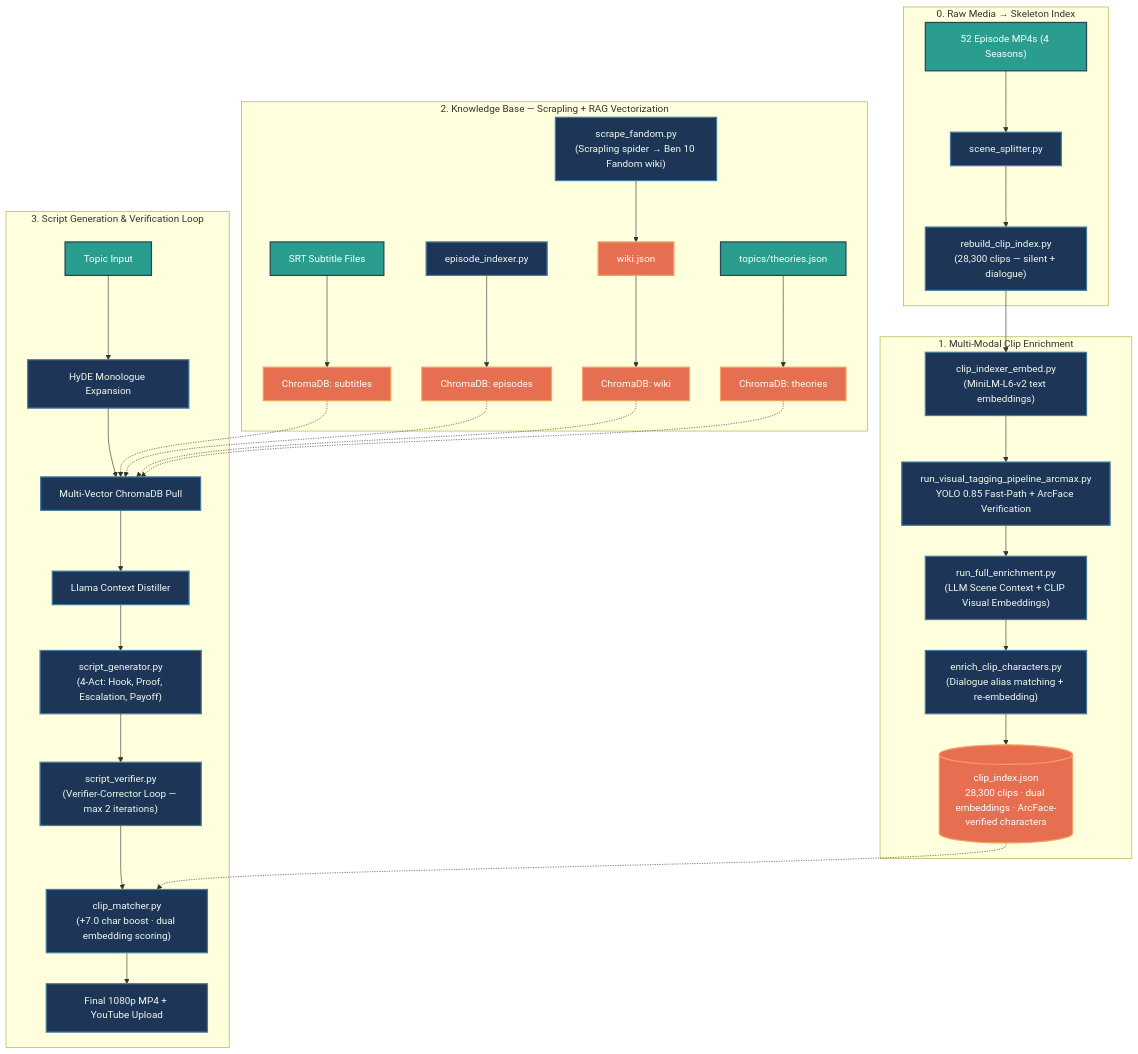
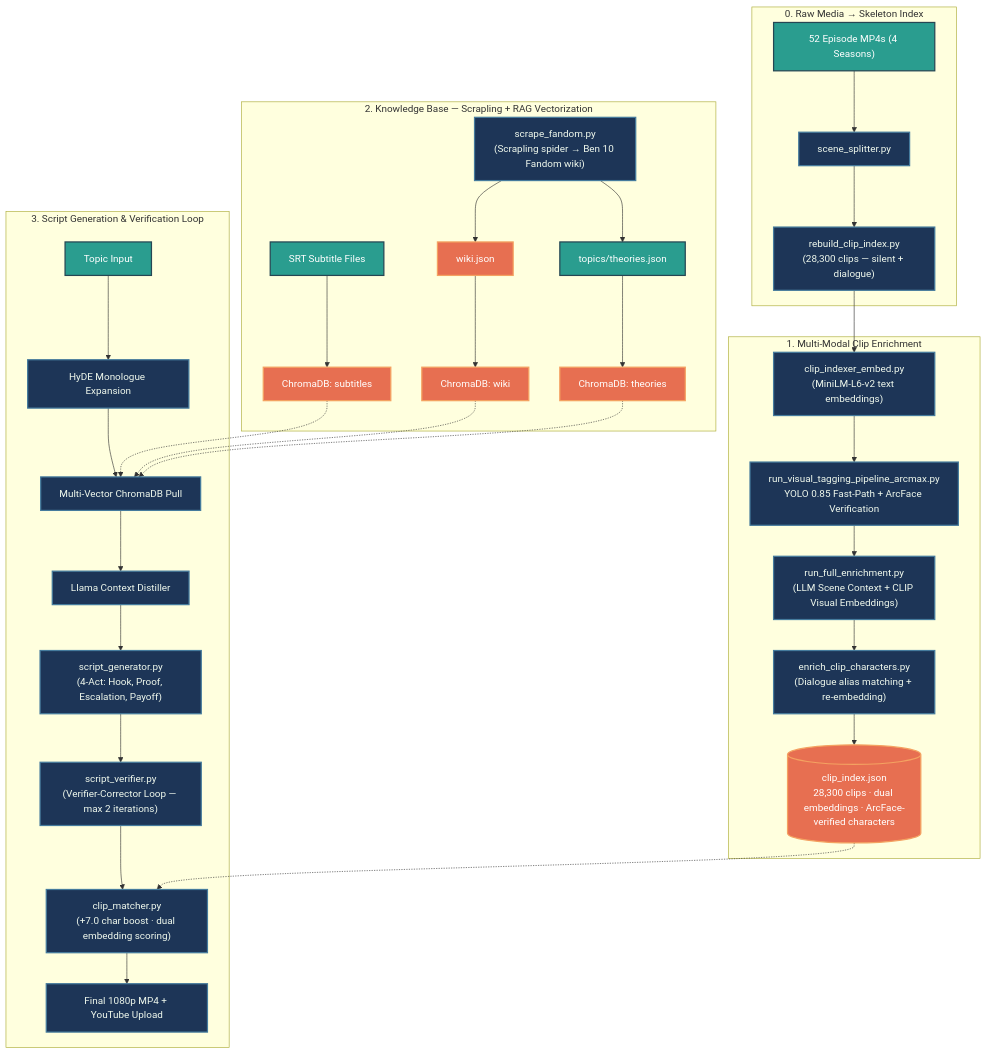
The first of 2 diagrams in README.md (25bda095-droid/AutomationPipeline), drawn with Mermaid before and after one commit.

Commit message:
README change

````diff
--- a/README.md
+++ b/README.md
@@ -38,47 +38,46 @@
 ```mermaid
 flowchart TD
     classDef phase fill:#2b2d42,stroke:#8d99ae,stroke-width:2px,color:#edf2f4;
     classDef script fill:#1d3557,stroke:#457b9d,stroke-width:2px,color:#f1faee;
     classDef data fill:#2a9d8f,stroke:#264653,stroke-width:2px,color:#ffffff;
     classDef db fill:#e76f51,stroke:#f4a261,stroke-width:2px,color:#ffffff;
 
     subgraph Phase0 ["0. Raw Media → Skeleton Index"]
         RawMP4["52 Episode MP4s (4 Seasons)"] --> Split["scene_splitter.py"]
         Split --> Rebuild["rebuild_clip_index.py\n(28,300 clips — silent + dialogue)"]
     end
 
     subgraph Phase1 ["1. Multi-Modal Clip Enrichment"]
         Rebuild --> Embed["clip_indexer_embed.py\n(MiniLM-L6-v2 text embeddings)"]
         Embed --> ArcMax["run_visual_tagging_pipeline_arcmax.py\nYOLO 0.85 Fast-Path + ArcFace Verification"]
         ArcMax --> FullEnrich["run_full_enrichment.py\n(LLM Scene Context + CLIP Visual Embeddings)"]
         FullEnrich --> CharEnrich["enrich_clip_characters.py\n(Dialogue alias matching + re-embedding)"]
         CharEnrich --> ClipIdx[("clip_index.json\n28,300 clips · dual embeddings · ArcFace-verified characters")]
     end
 
     subgraph Phase2 ["2. Knowledge Base — Scrapling + RAG Vectorization"]
         FandomScrape["scrape_fandom.py\n(Scrapling spider → Ben 10 Fandom wiki)"] --> WikiJSON["wiki.json"]
+        FandomScrape --> TheoriesJSON["topics/theories.json"]
         SubSRT["SRT Subtitle Files"] --> ColSub["ChromaDB: subtitles"]
-        EpIdx["episode_indexer.py"] --> ColEp["ChromaDB: episodes"]
         WikiJSON --> ColWiki["ChromaDB: wiki"]
-        TheoriesJSON["topics/theories.json"] --> ColTopic["ChromaDB: theories"]
+        TheoriesJSON --> ColTopic["ChromaDB: theories"]
     end
 
     subgraph Phase3 ["3. Script Generation & Verification Loop"]
         TopicIn["Topic Input"] --> HyDE["HyDE Monologue Expansion"]
         HyDE --> Pull["Multi-Vector ChromaDB Pull"]
         ColSub -.-> Pull
-        ColEp -.-> Pull
         ColWiki -.-> Pull
         ColTopic -.-> Pull
         Pull --> Distiller["Llama Context Distiller"]
         Distiller --> ScriptGen["script_generator.py\n(4-Act: Hook, Proof, Escalation, Payoff)"]
         ScriptGen --> Verifier["script_verifier.py\n(Verifier-Corrector Loop — max 2 iterations)"]
         Verifier --> Matcher["clip_matcher.py\n(+7.0 char boost · dual embedding scoring)"]
         ClipIdx -.-> Matcher
         Matcher --> FinalOut["Final 1080p MP4 + YouTube Upload"]
     end
 
     class RawMP4,TopicIn,SubSRT,TheoriesJSON data;
-    class Split,Rebuild,Embed,ArcMax,FullEnrich,CharEnrich,FandomScrape,EpIdx,HyDE,Pull,Distiller,ScriptGen,Verifier,Matcher,FinalOut script;
-    class ClipIdx,ColSub,ColEp,ColWiki,ColTopic,WikiJSON db;
+    class Split,Rebuild,Embed,ArcMax,FullEnrich,CharEnrich,FandomScrape,HyDE,Pull,Distiller,ScriptGen,Verifier,Matcher,FinalOut script;
+    class ClipIdx,ColSub,ColWiki,ColTopic,WikiJSON db;
 ```
````
